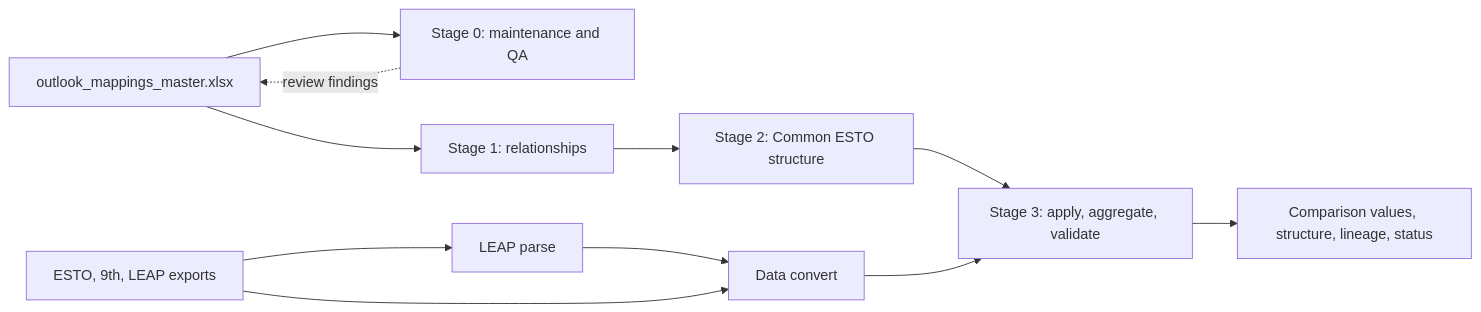
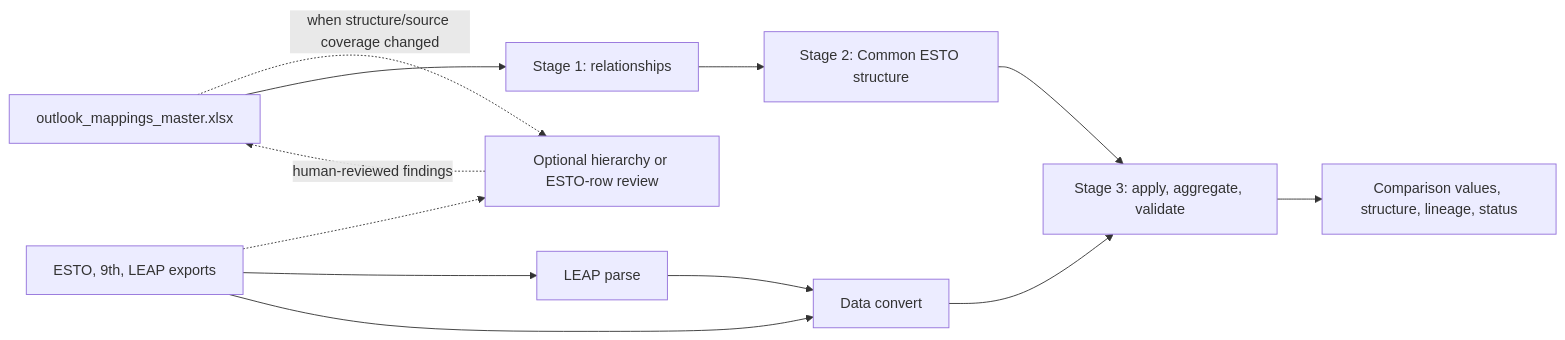
One commit to asia-pacific-energy-research-centre/leap_mappings changed the second of 12 diagrams in docs/handover/end_to_end_system_guide.md. Above: the diagram before and after it, drawn with Mermaid. The commit also changed other lines of this file and 30 other files, not shown here.

````diff
--- a/docs/handover/end_to_end_system_guide.md
+++ b/docs/handover/end_to_end_system_guide.md
@@ -71,22 +68,23 @@
 ```mermaid
 flowchart LR
     WB["outlook_mappings_master.xlsx"]
     SOURCES["ESTO, 9th, LEAP exports"]
-    S0["Stage 0: maintenance and QA"]
+    OPTIONAL["Optional hierarchy or ESTO-row review"]
     S1["Stage 1: relationships"]
     S2["Stage 2: Common ESTO structure"]
     P["LEAP parse"]
     C["Data convert"]
     S3["Stage 3: apply, aggregate, validate"]
     PUB["Comparison values, structure, lineage, status"]
 
-    WB --> S0
+    WB -. "when structure/source coverage changed" .-> OPTIONAL
     WB --> S1
-    S0 -. "review findings" .-> WB
+    SOURCES -.-> OPTIONAL
+    OPTIONAL -. "human-reviewed findings" .-> WB
     S1 --> S2
     SOURCES --> P --> C
     SOURCES --> C
     S2 --> S3
     C --> S3
     S3 --> PUB
 ```
````
